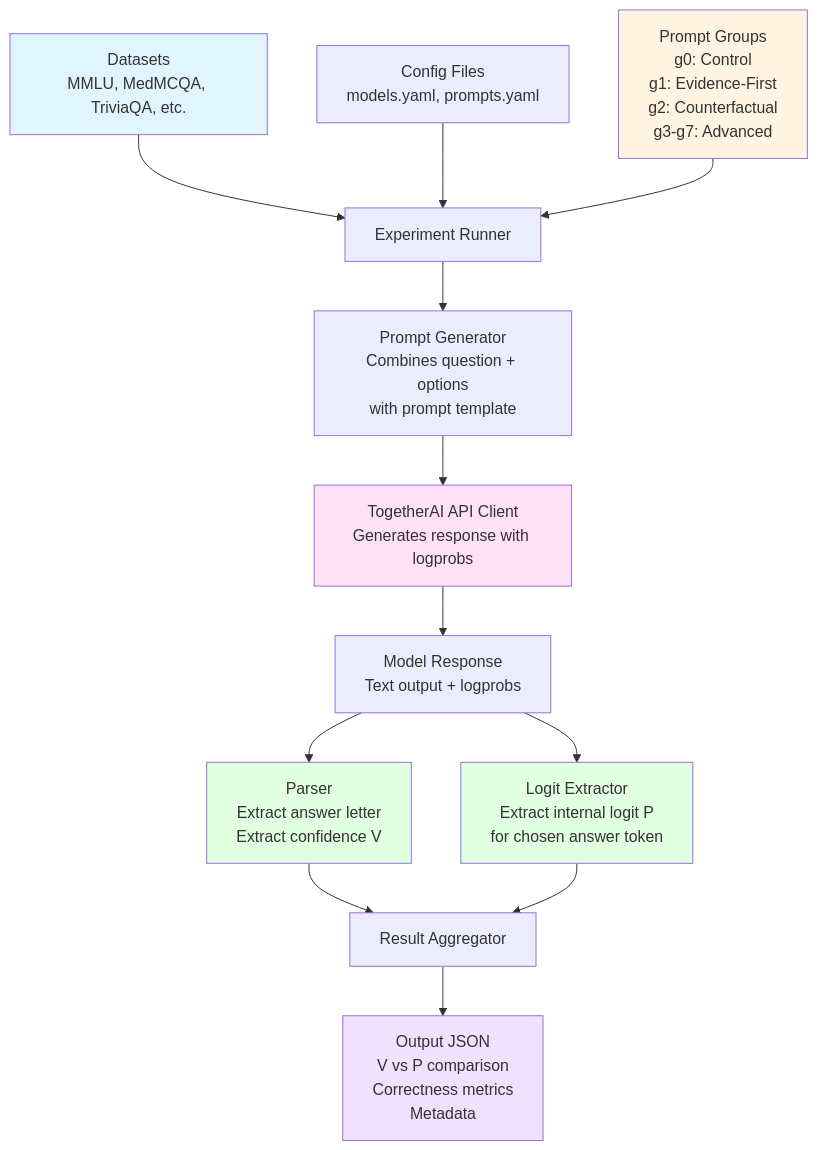
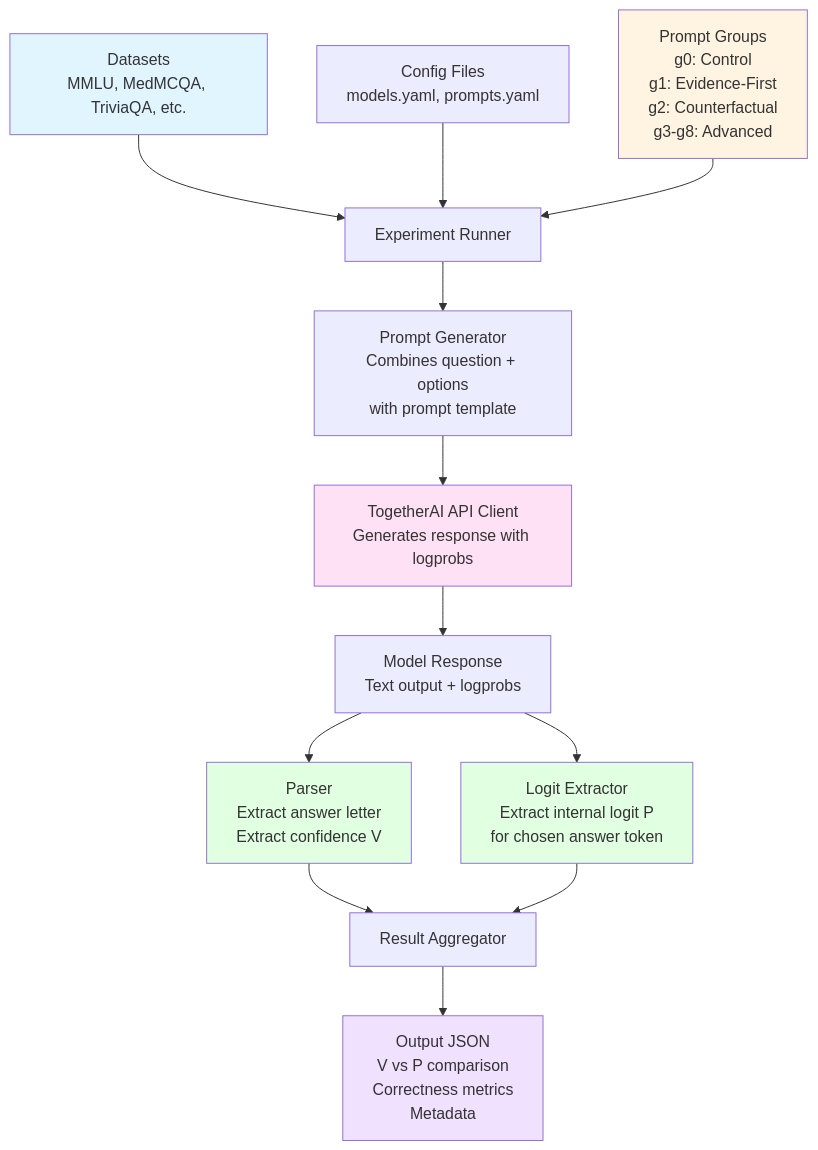
Before and after one commit to Umit-Azirakhmet/llm-trust-gap: the diagram in README.md, drawn with Mermaid. The commit also changed other lines of this file and 25 other files, not shown here.

````diff
--- a/README.md
+++ b/README.md
@@ -11,26 +11,26 @@
 ```mermaid
 flowchart TD
     A[Datasets<br/>MMLU, MedMCQA, TriviaQA, etc.] --> B[Experiment Runner]
     C[Config Files<br/>models.yaml, prompts.yaml] --> B
-    D[Prompt Groups<br/>g0: Control<br/>g1: Evidence-First<br/>g2: Counterfactual<br/>g3-g7: Advanced] --> B
+    D[Prompt Groups<br/>g0: Control<br/>g1: Evidence-First<br/>g2: Counterfactual<br/>g3-g8: Advanced] --> B
     
     B --> E[Prompt Generator<br/>Combines question + options<br/>with prompt template]
     E --> F[TogetherAI API Client<br/>Generates response with logprobs]
     
     F --> G[Model Response<br/>Text output + logprobs]
     
     G --> H[Parser<br/>Extract answer letter<br/>Extract confidence V]
     G --> I[Logit Extractor<br/>Extract internal logit P<br/>for chosen answer token]
     
     H --> J[Result Aggregator]
     I --> J
     
     J --> K[Output JSON<br/>V vs P comparison<br/>Correctness metrics<br/>Metadata]
     
     style A fill:#e1f5ff
     style D fill:#fff4e1
     style F fill:#ffe1f5
     style H fill:#e1ffe1
     style I fill:#e1ffe1
     style K fill:#f0e1ff
 ```
````
